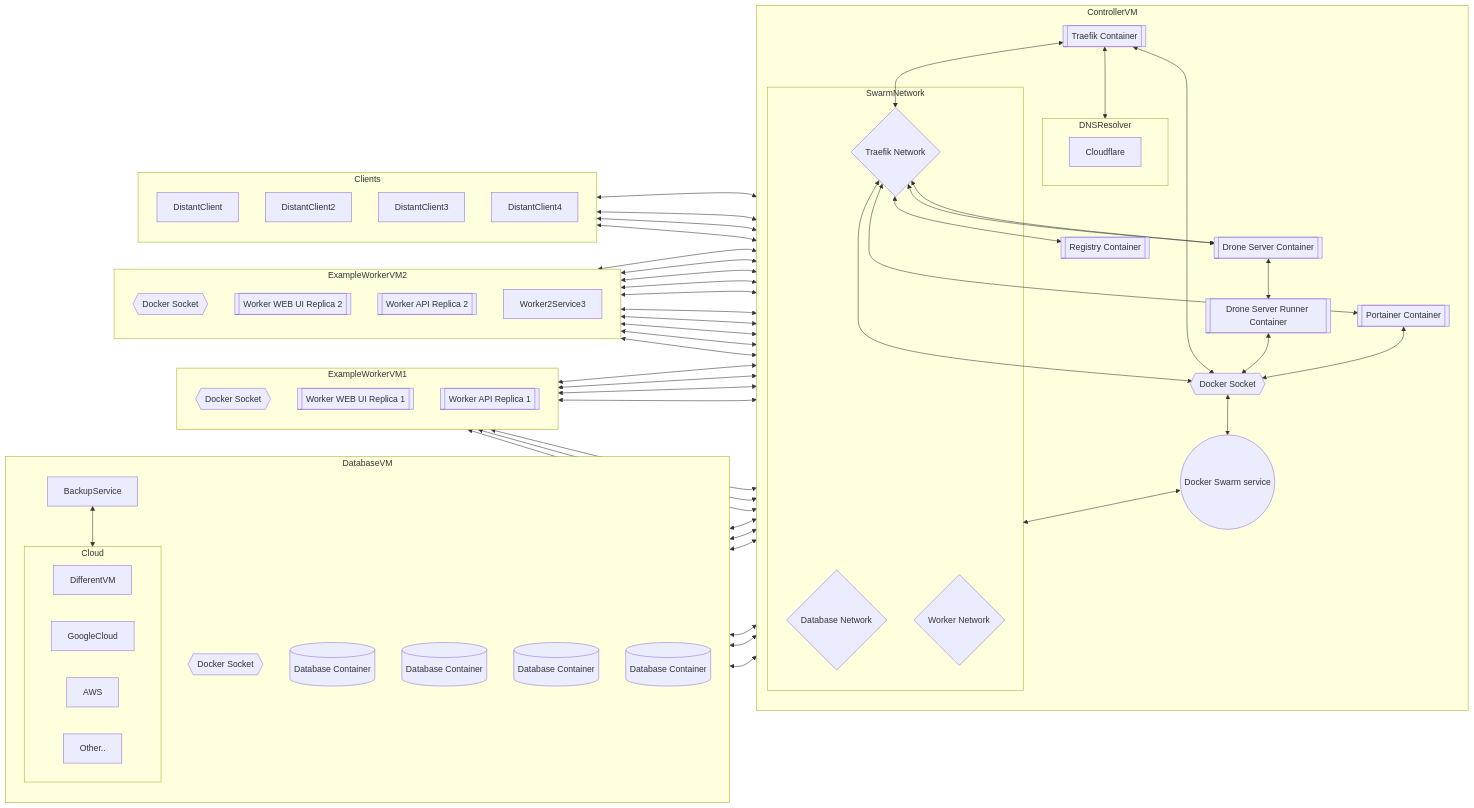
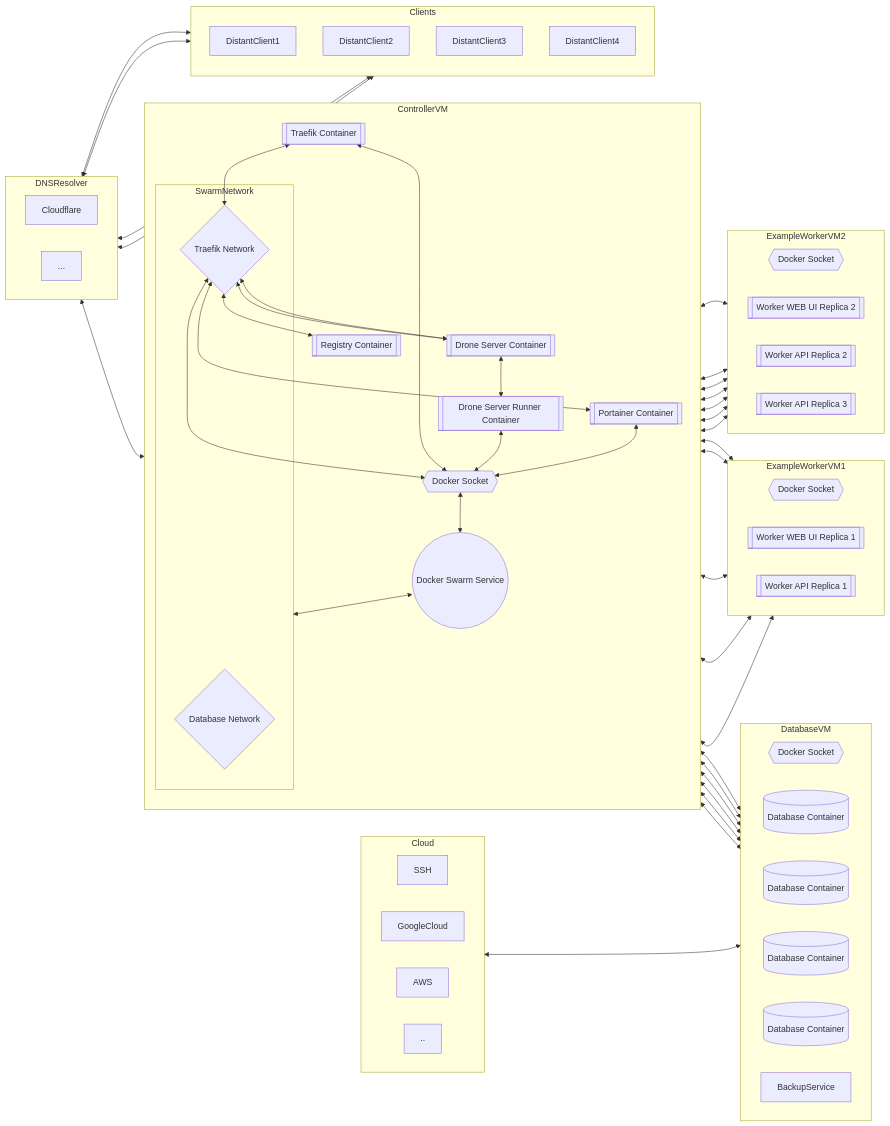
Before and after one commit to HelifeWeb/mattisdalleau.com-admin: the diagram in README.md, drawn with Mermaid. The commit also changed other lines of this file, not shown here.

Commit message:
Resolve Inside directions in DNS Resolver and Cloud on the flowchart

````diff
--- a/README.md
+++ b/README.md
@@ -142,28 +142,28 @@
 ```mermaid
-flowchart LR
+flowchart RL
+
+    subgraph DNSResolver
+        direction LR;
+        Cloudflare
+        ...
+    end
 
     subgraph Cloud
-        DifferentVM
+        direction LR;
+        SSH
         GoogleCloud
         AWS
-        Other..
-    end
-
-    subgraph DNSResolver
-        Cloudflare
-        Other..
+        ..
     end
 
     subgraph ControllerVM
         direction TB;
 
-        DockerSwarmService((Docker Swarm service))
-
+        DockerSwarmService((Docker Swarm Service))
 
         subgraph SwarmNetwork
             DatabaseNetwork{Database Network}
             TraefikNetwork{Traefik Network}
-            WorkerNetwork{Worker Network}
         end
 
         DockerSwarmService <--> SwarmNetwork
@@ -178,7 +178,6 @@
         HostVMDockerSocket <--> DockerSwarmService
 
         Traefik <--> HostVMDockerSocket
-        Traefik <--> DNSResolver
         Traefik <--> TraefikNetwork
 
         TraefikNetwork<-->DroneServer
@@ -197,7 +196,7 @@
     end
 
     subgraph DatabaseVM
-        direction TB;
+        direction LR;
 
         DatabaseVMSocketDocker{{Docker Socket}}
         DatabaseService1Container[(Database Container)]
@@ -212,13 +211,11 @@
         DatabaseService3Container <--> DatabaseNetwork
         DatabaseService4Container <--> DatabaseNetwork
 
-        BackupService <--> Cloud
-
         BackupService <--> DatabaseNetwork
     end
 
     subgraph ExampleWorkerVM1
-        direction TB;
+        direction LR;
 
         Worker1DockerSocket{{Docker Socket}}
         Worker1Service1[[Worker WEB UI Replica 1]]
@@ -227,43 +224,46 @@
         Worker1DockerSocket <--> DockerSwarmService
 
         Worker1Service1 <--> TraefikNetwork
-        Worker1Service1 <--> WorkerNetwork
         Worker1Service1 <--> DatabaseNetwork
 
         Worker1Service2 <--> TraefikNetwork
-        Worker1Service2 <--> WorkerNetwork
         Worker1Service2 <--> DatabaseNetwork
     end
 
     subgraph ExampleWorkerVM2
-        direction TB;
+        direction LR;
 
         Worker2DockerSocket{{Docker Socket}}
         Worker2Service1[[Worker WEB UI Replica 2]]
         Worker2Service2[[Worker API Replica 2]]
-
+        Worker2Service3[[Worker API Replica 3]]
 
         Worker2DockerSocket <--> DockerSwarmService
 
         Worker2Service1 <--> TraefikNetwork
-        Worker2Service1 <--> WorkerNetwork
         Worker2Service1 <--> DatabaseNetwork
 
         Worker2Service2 <--> TraefikNetwork
-        Worker2Service2 <--> WorkerNetwork
         Worker2Service2 <--> DatabaseNetwork
 
         Worker2Service3 <--> DatabaseNetwork
         Worker2Service3 <--> TraefikNetwork
-        Worker2Service3 <--> WorkerNetwork
     end
 
     subgraph Clients
         direction TB;
+        DistantClient1
+        DistantClient2
+        DistantClient3
+        DistantClient4
+    end
 
-        DistantClient <--> DNSResolver
-        DistantClient2 <--> DNSResolver
-        DistantClient3 <--> DNSResolver
-        DistantClient4 <--> DNSResolver
-    end
+    Traefik <--> DNSResolver
+
+    BackupService <--> Cloud
+
+    DistantClient1 <--> DNSResolver
+    DistantClient2 <--> DNSResolver
+    DistantClient3 <--> DNSResolver
+    DistantClient4 <--> DNSResolver
 ```
````
